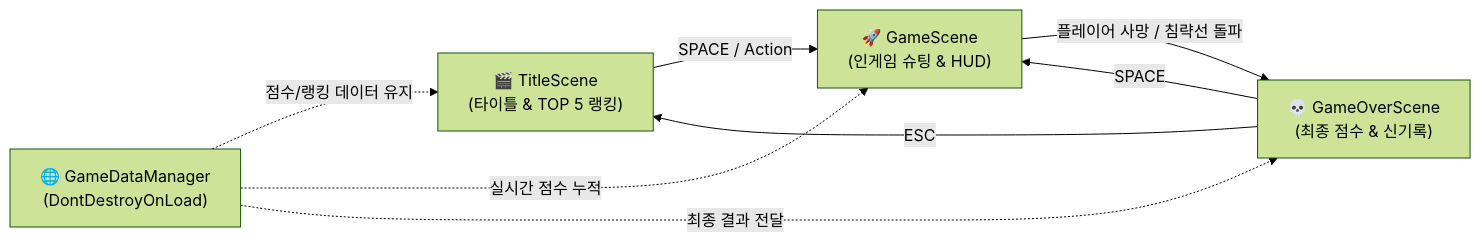
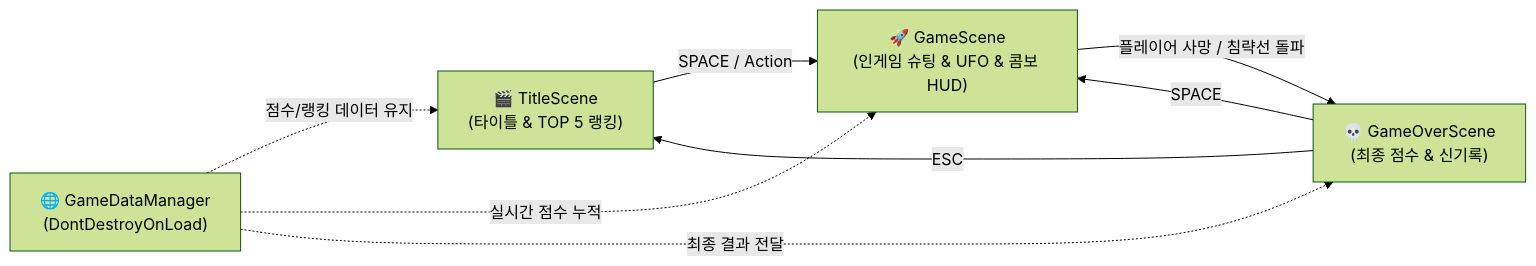
Before and after one commit to sbjwin/StarInvader: the diagram in README.md, drawn with Mermaid (forest theme). The commit also changed other lines of this file and 11 other files, not shown here.

````diff
--- a/README.md
+++ b/README.md
@@ -56,11 +60,11 @@
 ```mermaid
 graph LR
-    A["🎬 TitleScene<br>(타이틀 & TOP 5 랭킹)"] -->|SPACE / Action| B["🚀 GameScene<br>(인게임 슈팅 & HUD)"]
+    A["🎬 TitleScene<br>(타이틀 & TOP 5 랭킹)"] -->|SPACE / Action| B["🚀 GameScene<br>(인게임 슈팅 & UFO & 콤보 HUD)"]
     B -->|플레이어 사망 / 침략선 돌파| C["💀 GameOverScene<br>(최종 점수 & 신기록)"]
     C -->|SPACE| B
     C -->|ESC| A
     
     D["🌐 GameDataManager<br>(DontDestroyOnLoad)"] -.->|점수/랭킹 데이터 유지| A
     D -.->|실시간 점수 누적| B
     D -.->|최종 결과 전달| C
 ```
````
